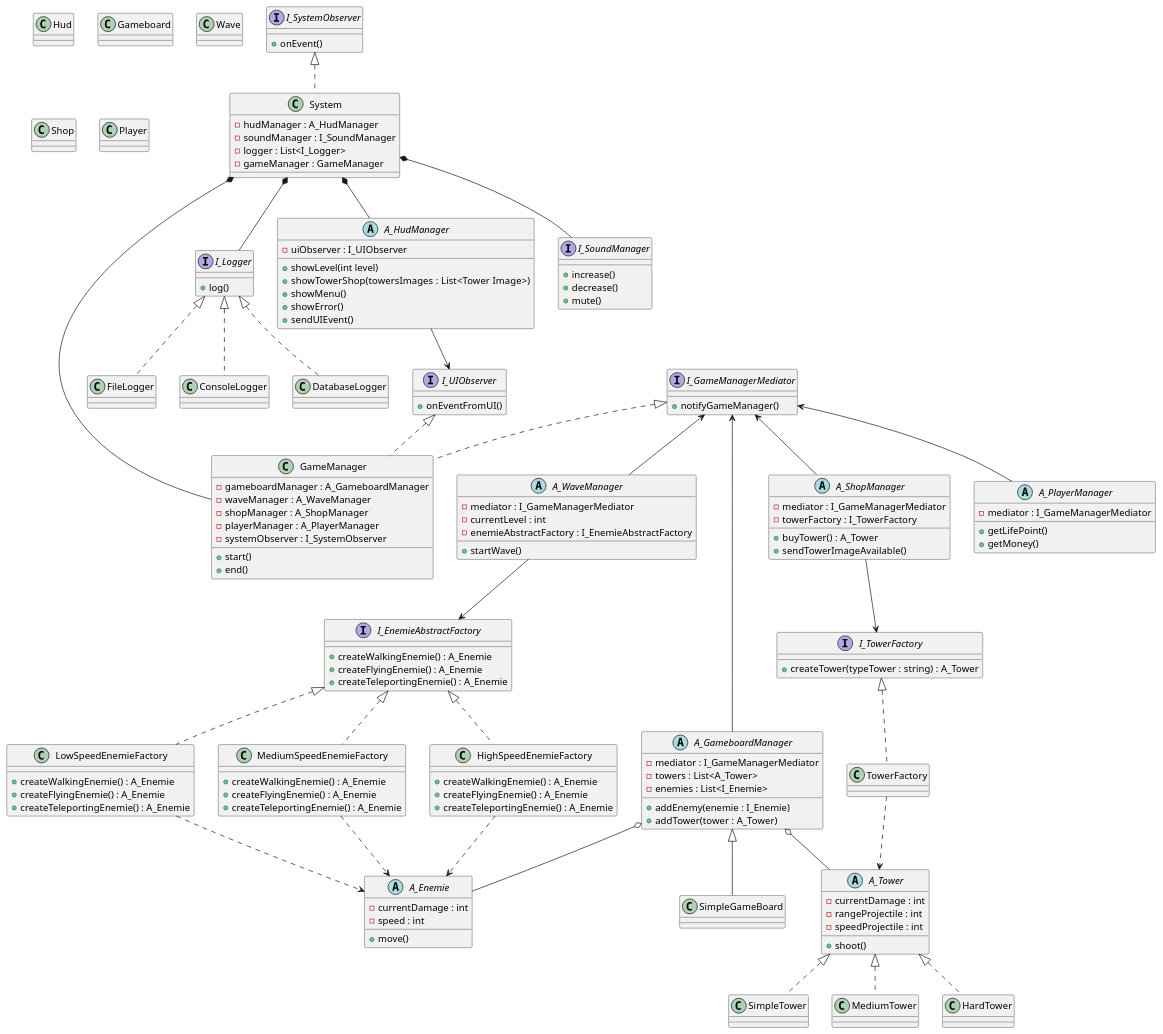
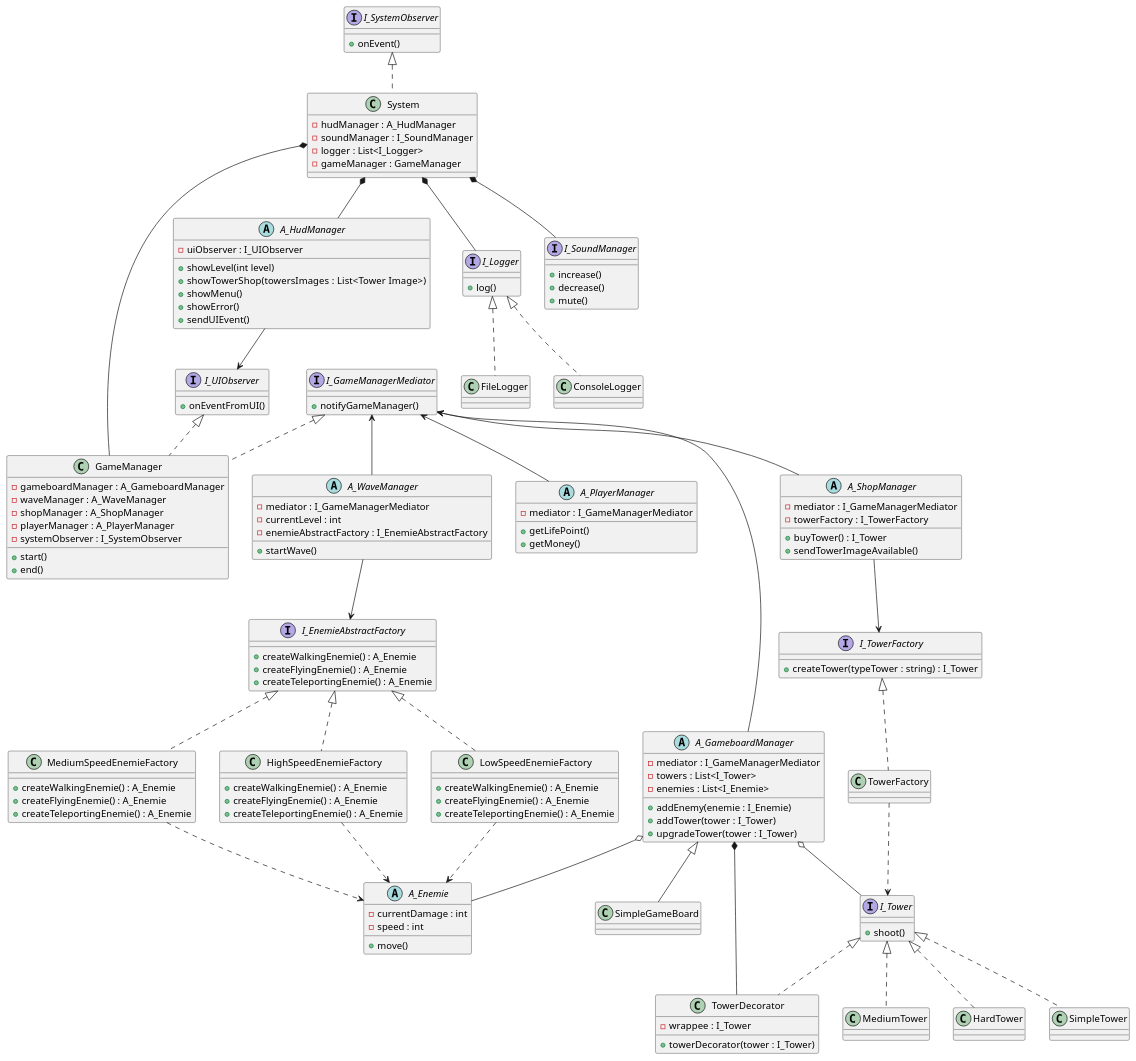
One commit to bobylatruffe/tower_defense changed the diagram in uml.plantuml. Above: the diagram before and after it, drawn with PlantUML.

Commit message:
chore(uml): ajout du desing pattern Decorator pour donner la possibilité aux tours d'augmenter de tirer une balle de plus à chaque empilement

```diff
--- a/uml.plantuml
+++ b/uml.plantuml
@@ -32,9 +32,6 @@
 class ConsoleLogger implements I_Logger {
 }
 
-class DatabaseLogger implements I_Logger {
-}
-
 ' note left of GameManager
 '     Orchestre le cycle de vie du jeu en
 '     coordonnant les différents gestionnaires
@@ -43,11 +40,15 @@
 
 abstract class A_GameboardManager  {
     - mediator : I_GameManagerMediator
-    - towers : List<A_Tower>
+    - towers : List<I_Tower>
     - enemies : List<I_Enemie>
     + addEnemy(enemie : I_Enemie)
-    + addTower(tower : A_Tower)
+    + addTower(tower : I_Tower)
+    + upgradeTower(tower : I_Tower)
 }
+
+A_GameboardManager o-- I_Tower
+A_GameboardManager *-- TowerDecorator
 
 abstract class A_WaveManager  {
     - mediator : I_GameManagerMediator
@@ -91,7 +92,7 @@
 abstract class A_ShopManager {
     - mediator : I_GameManagerMediator
     - towerFactory : I_TowerFactory
-    + buyTower() : A_Tower
+    + buyTower() : I_Tower
     + sendTowerImageAvailable()
 }
 
@@ -117,7 +118,7 @@
 }
 
 interface I_TowerFactory {
-    + createTower(typeTower : string) : A_Tower
+    + createTower(typeTower : string) : I_Tower
 }
 
 interface I_SoundManager {
@@ -156,28 +157,30 @@
 I_GameManagerMediator <-- A_WaveManager
 I_GameManagerMediator <-- A_ShopManager
 
-A_GameboardManager o-- A_Tower
+/' A_GameboardManager o-- I_Tower '/
 A_GameboardManager o-- A_Enemie
 
-TowerFactory ..> A_Tower
+TowerFactory ..> I_Tower
 
-abstract class A_Tower {
-    - currentDamage : int
-    - rangeProjectile : int
-    - speedProjectile : int
+interface I_Tower {
     + shoot()
 }
 
-class SimpleTower implements A_Tower {
+class SimpleTower implements I_Tower {
     
 }
 
-class MediumTower implements A_Tower {
+class MediumTower implements I_Tower {
     
 }
 
-class HardTower implements A_Tower {
+class HardTower implements I_Tower {
     
+}
+
+class TowerDecorator implements I_Tower {
+    - wrappee : I_Tower
+    + towerDecorator(tower : I_Tower)
 }
 
 abstract class A_Enemie {
@@ -190,25 +193,4 @@
 
 }
 
-
-
-class Hud {
-
-}
-
-class Gameboard {
-
-}
-
-class Wave {
-
-}
-
-class Shop {
-
-}
-
-class Player {
-
-}
 @enduml
```
